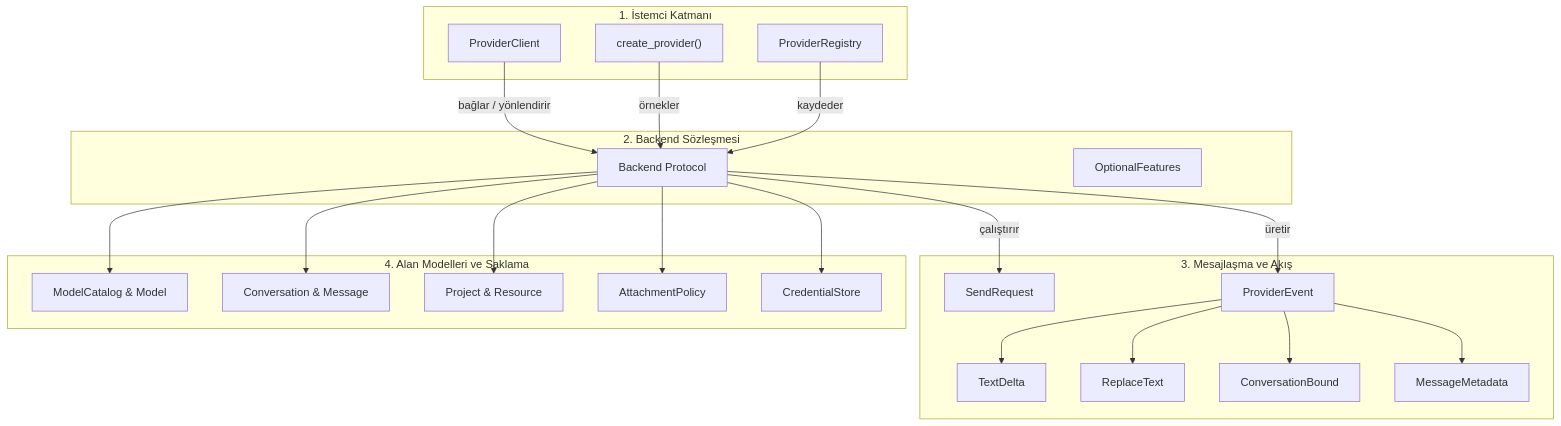
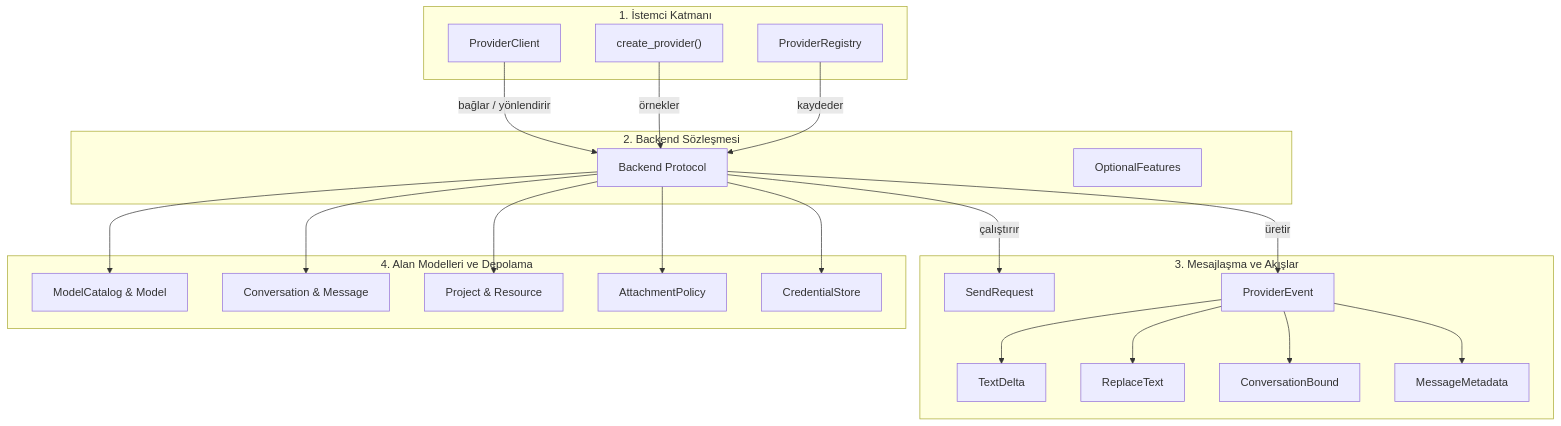
One commit to TahsinCr/webai-provider changed the first of 2 diagrams in README-TR.md. Above: the diagram before and after it, drawn with Mermaid. The commit also changed other lines of this file and 2 other files, not shown here.

````diff
--- a/README-TR.md
+++ b/README-TR.md
@@ -110,39 +112,39 @@
 ```mermaid
 flowchart TD
-    subgraph IstemciKatmani["1. İstemci Katmanı"]
+    subgraph ClientLayer["1. İstemci Katmanı"]
         PC["ProviderClient"]
         PR["ProviderRegistry"]
         CP["create_provider()"]
     end
 
-    subgraph SozlesmeKatmani["2. Backend Sözleşmesi"]
+    subgraph ContractLayer["2. Backend Sözleşmesi"]
         BE["Backend Protocol"]
         OF["OptionalFeatures"]
     end
 
-    subgraph MesajlasmaKatmani["3. Mesajlaşma ve Akış"]
+    subgraph MessagingLayer["3. Mesajlaşma ve Akışlar"]
         SR["SendRequest"]
         PE["ProviderEvent"]
         TD["TextDelta"]
         RT["ReplaceText"]
         CB["ConversationBound"]
         MM["MessageMetadata"]
     end
 
-    subgraph DomainKatmani["4. Alan Modelleri ve Saklama"]
+    subgraph DomainLayer["4. Alan Modelleri ve Depolama"]
         MC["ModelCatalog & Model"]
         CV["Conversation & Message"]
         PJ["Project & Resource"]
         AP["AttachmentPolicy"]
         CS["CredentialStore"]
     end
 
     PC -->|bağlar / yönlendirir| BE
     CP -->|örnekler| BE
     PR -->|kaydeder| BE
     BE -->|çalıştırır| SR
     BE -->|üretir| PE
     PE --> TD & RT & CB & MM
     BE --> MC & CV & PJ
     BE --> AP & CS
 ```
````
